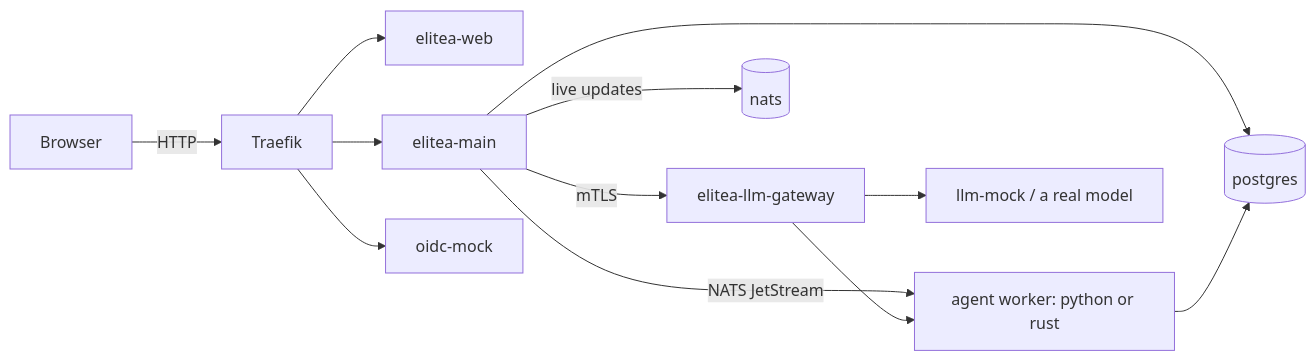
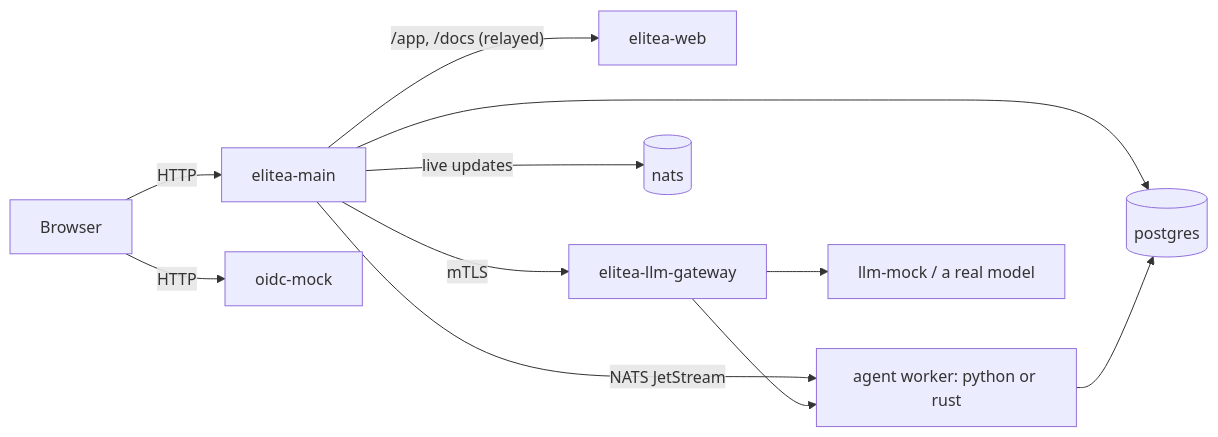
One commit to elitea-ng/elitea-platform changed the diagram in apps/elitea-web/src/entries/docs/content/development/overview.mdx. Above: the diagram before and after it, drawn with Mermaid. The commit also changed other lines of this file and 808 other files, not shown here.

First line of the commit message:
feat!: remove Traefik; elitea-main is the only edge and internal traffic is gRPC over mTLS (#1359) (#1366)

````diff
--- a/apps/elitea-web/src/entries/docs/content/development/overview.mdx
+++ b/apps/elitea-web/src/entries/docs/content/development/overview.mdx
@@ -72,14 +72,13 @@
 ```mermaid
 flowchart LR
-    Browser -->|HTTP| Traefik
-    Traefik --> Web[elitea-web]
-    Traefik --> Main[elitea-main]
-    Traefik --> OIDC[oidc-mock]
+    Browser -->|HTTP| Main[elitea-main]
+    Browser -->|HTTP| OIDC[oidc-mock]
+    Main -->|"/app, /docs (relayed)"| Web[elitea-web]
     Main -->|mTLS| Gateway[elitea-llm-gateway]
     Main -->|NATS JetStream| Worker[agent worker: python or rust]
     Gateway --> Worker
     Gateway --> LLMMock[llm-mock / a real model]
     Main --> DB[(postgres)]
     Main -->|live updates| NATS[(nats)]
     Worker --> DB
 ```
````
